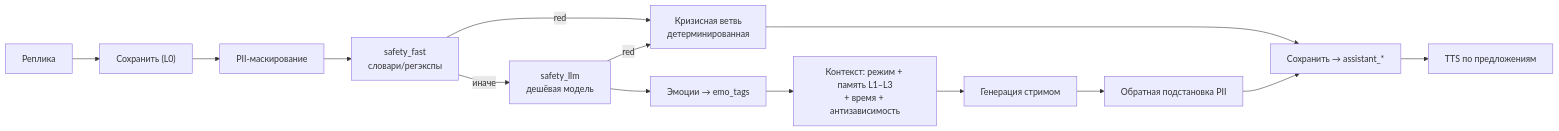
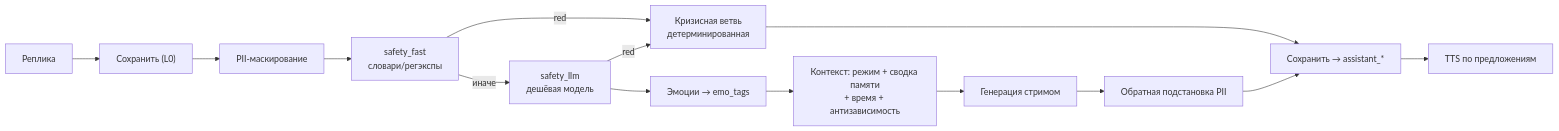
Before and after one commit to playa69/ryadom: the fourth of 5 diagrams in docs/spec.md, drawn with Mermaid. The commit also changed other lines of this file and 52 other files, not shown here.

````diff
--- a/docs/spec.md
+++ b/docs/spec.md
@@ -386,16 +385,16 @@
 ```mermaid title="Конвейер реплики — целевой"
 flowchart LR
   IN["Реплика"] --> SAVE["Сохранить (L0)"]
   SAVE --> PII["PII-маскирование"]
   PII --> S1["safety_fast<br/>словари/регэкспы"]
   S1 -->|red| CRISIS["Кризисная ветвь<br/>детерминированная"]
   S1 -->|иначе| S2["safety_llm<br/>дешёвая модель"]
   S2 -->|red| CRISIS
   S2 --> EMO["Эмоции → emo_tags"]
-  EMO --> CTX["Контекст: режим + память L1–L3<br/>+ время + антизависимость"]
+  EMO --> CTX["Контекст: режим + сводка памяти<br/>+ время + антизависимость"]
   CTX --> GEN["Генерация стримом"]
   GEN --> UNPII["Обратная подстановка PII"]
   UNPII --> OUT["Сохранить → assistant_*"]
   OUT --> TTS["TTS по предложениям"]
   CRISIS --> OUT
 ```
````
